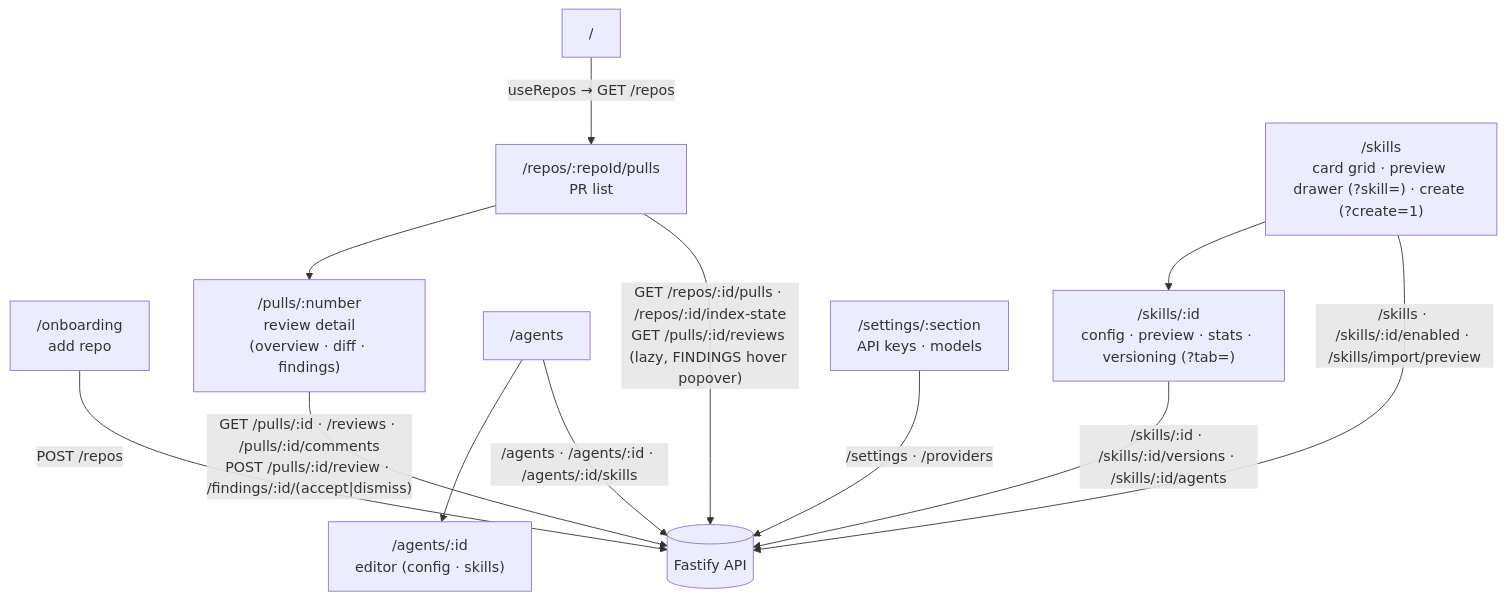
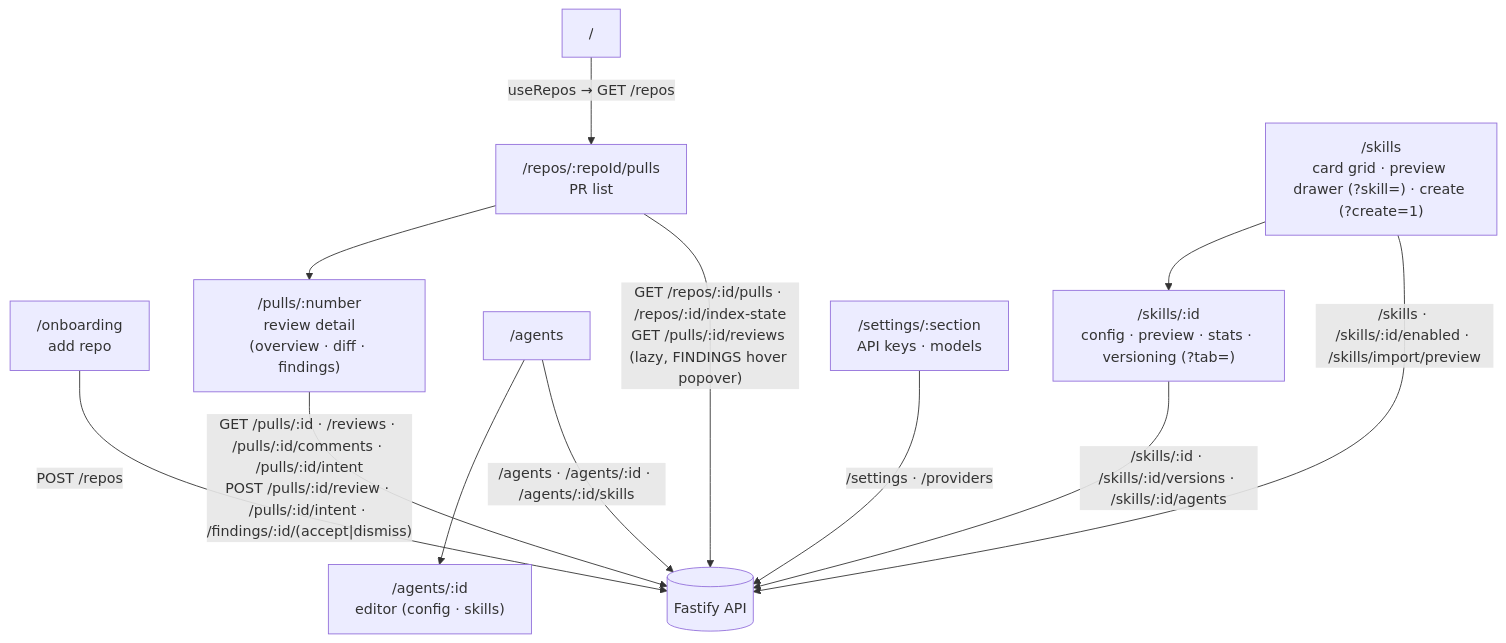
The diagram in client/README.md (artemmmon/dev-digest), drawn with Mermaid before and after one commit. The commit also changed other lines of this file and 90 other files, not shown here.

First line of the commit message:
feat: Intent Layer — derive PR intent and scope review findings to it

````diff
--- a/client/README.md
+++ b/client/README.md
@@ -23,17 +23,17 @@
 ```mermaid
 flowchart TD
   ROOT["/"] -->|"useRepos → GET /repos"| PULLS["/repos/:repoId/pulls<br/>PR list"]
   ONB["/onboarding<br/>add repo"] -->|"POST /repos"| API[("Fastify API")]
   PULLS --> PR["/pulls/:number<br/>review detail<br/>(overview · diff · findings)"]
 
   AGENTS["/agents"] --> AGENT["/agents/:id<br/>editor (config · skills)"]
   SKILLS["/skills<br/>card grid · preview drawer (?skill=) · create (?create=1)"] --> SKILL["/skills/:id<br/>config · preview · stats · versioning (?tab=)"]
   SETTINGS["/settings/:section<br/>API keys · models"]
 
   PULLS -->|"GET /repos/:id/pulls · /repos/:id/index-state<br/>GET /pulls/:id/reviews (lazy, FINDINGS hover popover)"| API
-  PR -->|"GET /pulls/:id · /reviews · /pulls/:id/comments<br/>POST /pulls/:id/review · /findings/:id/(accept|dismiss)"| API
+  PR -->|"GET /pulls/:id · /reviews · /pulls/:id/comments · /pulls/:id/intent<br/>POST /pulls/:id/review · /pulls/:id/intent · /findings/:id/(accept|dismiss)"| API
   AGENTS -->|"/agents · /agents/:id · /agents/:id/skills"| API
   SKILLS -->|"/skills · /skills/:id/enabled · /skills/import/preview"| API
   SKILL -->|"/skills/:id · /skills/:id/versions · /skills/:id/agents"| API
   SETTINGS -->|"/settings · /providers"| API
 ```
````
